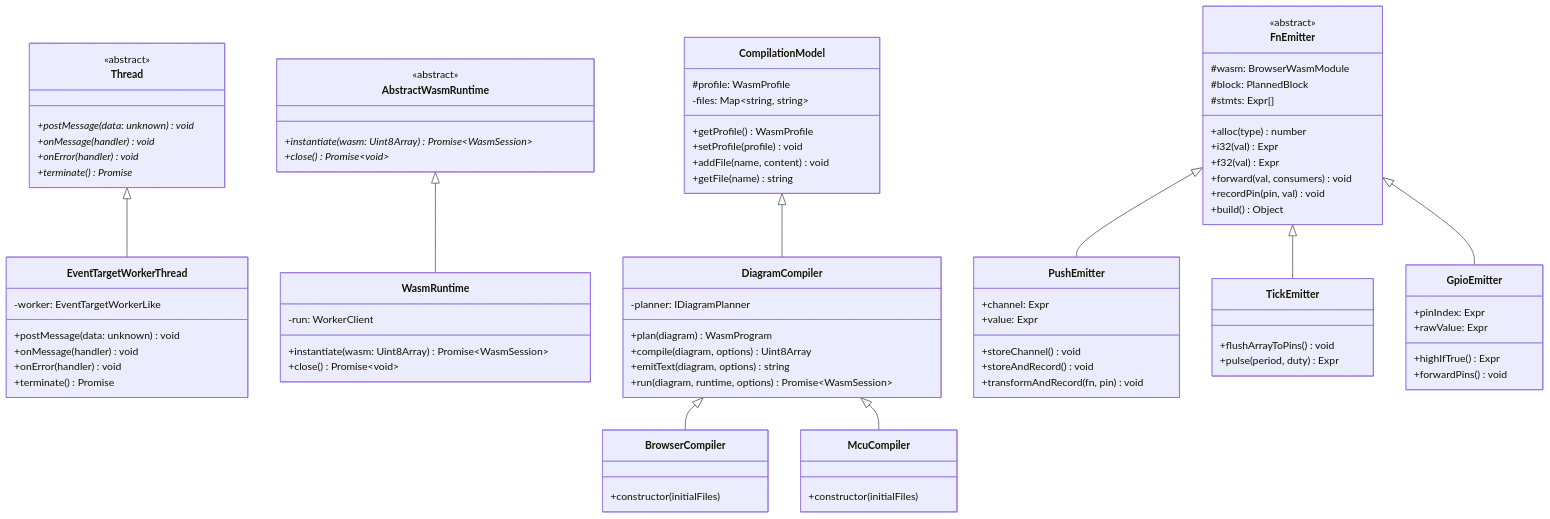
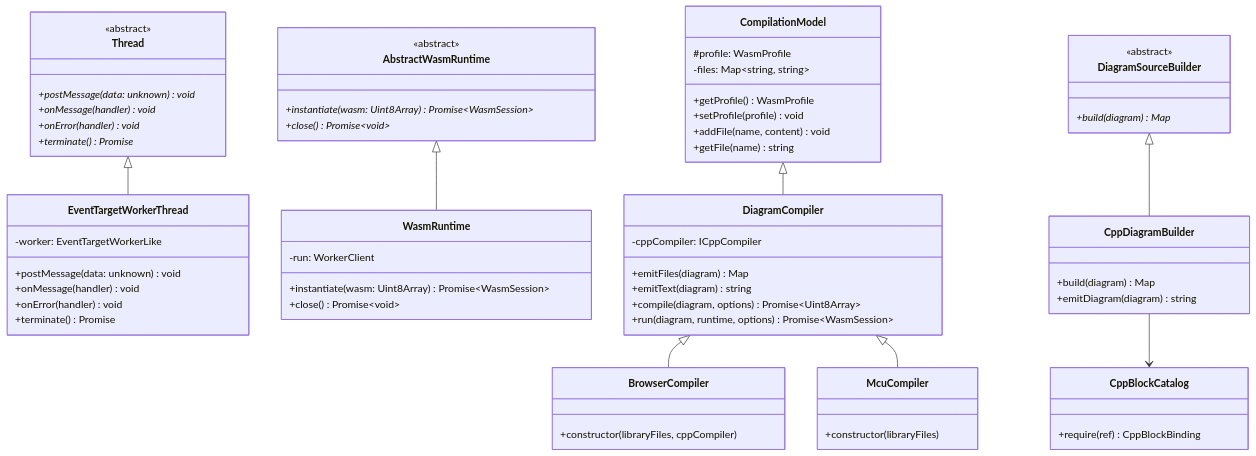
One commit to dzmauchy/bld changed the fourth of 5 diagrams in README.md. Above: the diagram before and after it, drawn with Mermaid. The commit also changed other lines of this file and 75 other files, not shown here.

First line of the commit message:
Replace Binaryen wasm codegen with a C++ diagram builder

````diff
--- a/README.md
+++ b/README.md
@@ -360,53 +291,33 @@
         +getFile(name) string
     }
     class DiagramCompiler {
-        -planner: IDiagramPlanner
-        +plan(diagram) WasmProgram
-        +compile(diagram, options) Uint8Array
-        +emitText(diagram, options) string
+        -cppCompiler: ICppCompiler
+        +emitFiles(diagram) Map
+        +emitText(diagram) string
+        +compile(diagram, options) Promise~Uint8Array~
         +run(diagram, runtime, options) Promise~WasmSession~
     }
     class BrowserCompiler {
-        +constructor(initialFiles)
+        +constructor(libraryFiles, cppCompiler)
     }
     class McuCompiler {
-        +constructor(initialFiles)
+        +constructor(libraryFiles)
     }
     CompilationModel <|-- DiagramCompiler
     DiagramCompiler <|-- BrowserCompiler
     DiagramCompiler <|-- McuCompiler
 
-    %% DSL Emitter Hierarchy
-    class FnEmitter {
+    class DiagramSourceBuilder {
         <<abstract>>
-        #wasm: BrowserWasmModule
-        #block: PlannedBlock
-        #stmts: Expr[]
-        +alloc(type) number
-        +i32(val) Expr
-        +f32(val) Expr
-        +forward(val, consumers) void
-        +recordPin(pin, val) void
-        +build() Object
+        +build(diagram)* Map
     }
-    class PushEmitter {
-        +channel: Expr
-        +value: Expr
-        +storeChannel() void
-        +storeAndRecord() void
-        +transformAndRecord(fn, pin) void
+    class CppDiagramBuilder {
+        +build(diagram) Map
+        +emitDiagram(diagram) string
     }
-    class TickEmitter {
-        +flushArrayToPins() void
-        +pulse(period, duty) Expr
+    class CppBlockCatalog {
+        +require(ref) CppBlockBinding
     }
-    class GpioEmitter {
-        +pinIndex: Expr
-        +rawValue: Expr
-        +highIfTrue() Expr
-        +forwardPins() void
-    }
-    FnEmitter <|-- PushEmitter
-    FnEmitter <|-- TickEmitter
-    FnEmitter <|-- GpioEmitter
+    DiagramSourceBuilder <|-- CppDiagramBuilder
+    CppDiagramBuilder --> CppBlockCatalog
 ```
````
